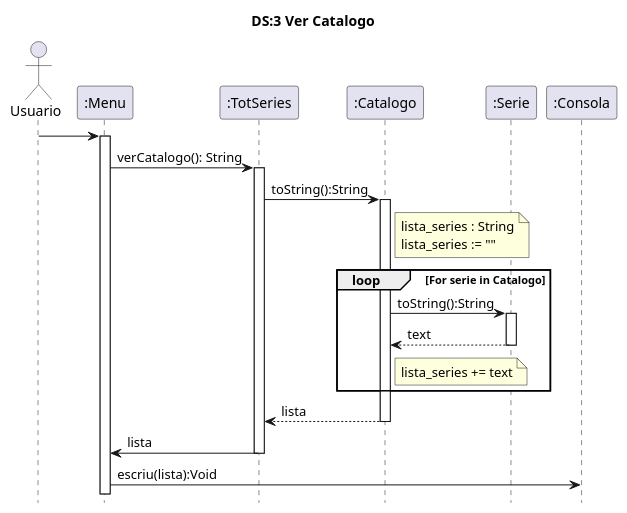
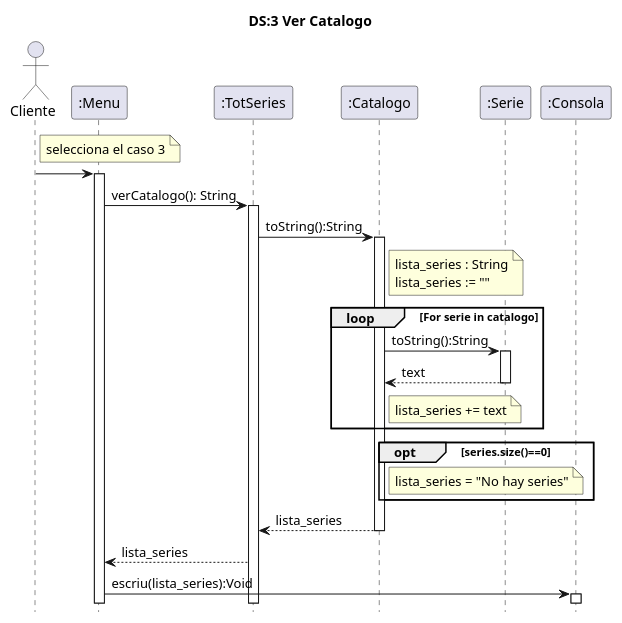
The diagram in src/totseries/Uml/Secuencia/Diagrama de Secuencia Uc3.puml (MrViciao/TotSeries), drawn with PlantUML before and after one commit. The commit also changed 8 other files, not shown here.

Commit message:
Cambios en codigo y diagramas y espero no cagarla

```diff
--- a/src/totseries/Uml/Secuencia/Diagrama de Secuencia Uc3.puml
+++ b/src/totseries/Uml/Secuencia/Diagrama de Secuencia Uc3.puml
@@ -1,41 +1,55 @@
 @startuml
 
 title	DS:3 Ver Catalogo
 hide	footbox
 
-actor	Usuario
+actor	Cliente
 participant ":Menu" as Menu
 participant ":TotSeries" as TotSeries
 participant ":Catalogo" as Catalogo
 participant ":Serie" as Serie
 participant ":Consola" as Consola
 
-Usuario -> Menu
+
+note right Cliente
+    selecciona el caso 3
+endnote
+
+Cliente -> Menu
 activate Menu
 Menu -> TotSeries:verCatalogo(): String
 activate TotSeries
 TotSeries -> Catalogo:toString():String
 activate Catalogo
 note right Catalogo
     lista_series : String
     lista_series := ""
 end note
 
 
-loop For serie in Catalogo
+loop For serie in catalogo
     Catalogo -> Serie:toString():String
     activate Serie
     Serie --> Catalogo:text
     deactivate Serie
     note right Catalogo
         lista_series += text
     endnote
 end
-Catalogo --> TotSeries: lista
+
+opt series.size()==0
+    note right Catalogo
+        lista_series = "No hay series"
+    endnote
+end
+Catalogo --> TotSeries: lista_series
 deactivate Catalogo
-TotSeries -> Menu : lista
-deactivate TotSeries
-Menu -> Consola: escriu(lista):Void
+
+TotSeries --> Menu: lista_series
+
+Menu -> Consola: escriu(lista_series):Void
+activate Consola
+
 
 
 @enduml
```
